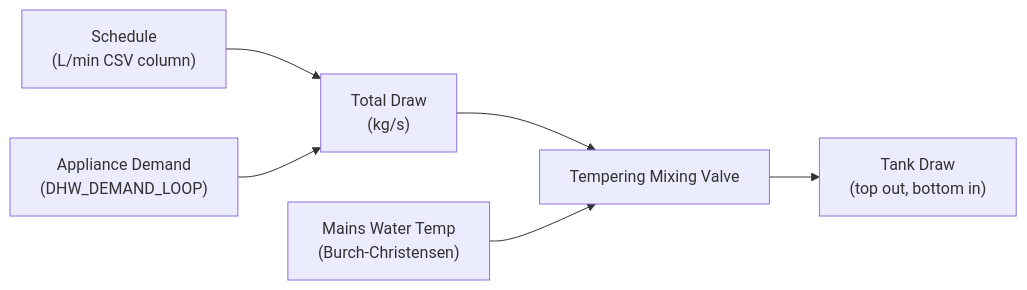
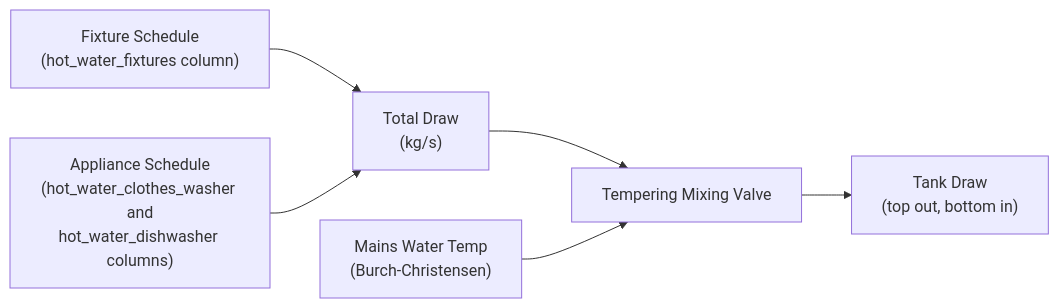
One commit to AZX-PBC-OSS/HARES changed the first of 3 diagrams in docs/equipment/water-heater.md. Above: the diagram before and after it, drawn with Mermaid. The commit also changed other lines of this file and 55 other files, not shown here.

````diff
--- a/docs/equipment/water-heater.md
+++ b/docs/equipment/water-heater.md
@@ -36,8 +36,8 @@
 ```mermaid
 graph LR
-    SCHED["Schedule<br/>(L/min CSV column)"] --> TOTAL["Total Draw<br/>(kg/s)"]
-    APP["Appliance Demand<br/>(DHW_DEMAND_LOOP)"] --> TOTAL
+    SCHED["Fixture Schedule<br/>(hot_water_fixtures column)"] --> TOTAL["Total Draw<br/>(kg/s)"]
+    APP["Appliance Schedule<br/>(hot_water_clothes_washer and<br/>hot_water_dishwasher columns)"] --> TOTAL
     TOTAL --> TMV["Tempering Mixing Valve"]
     MAINS["Mains Water Temp<br/>(Burch-Christensen)"] --> TMV
     TMV --> DRAW["Tank Draw<br/>(top out, bottom in)"]
 ```
````
